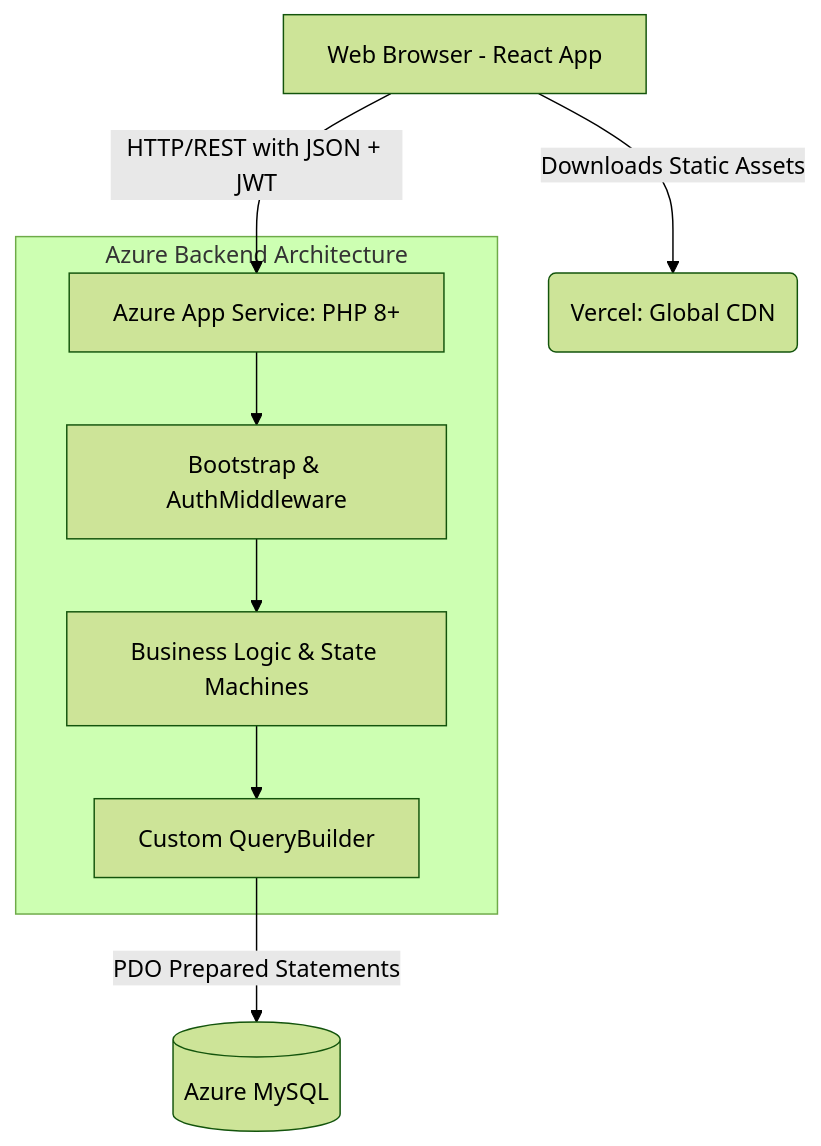
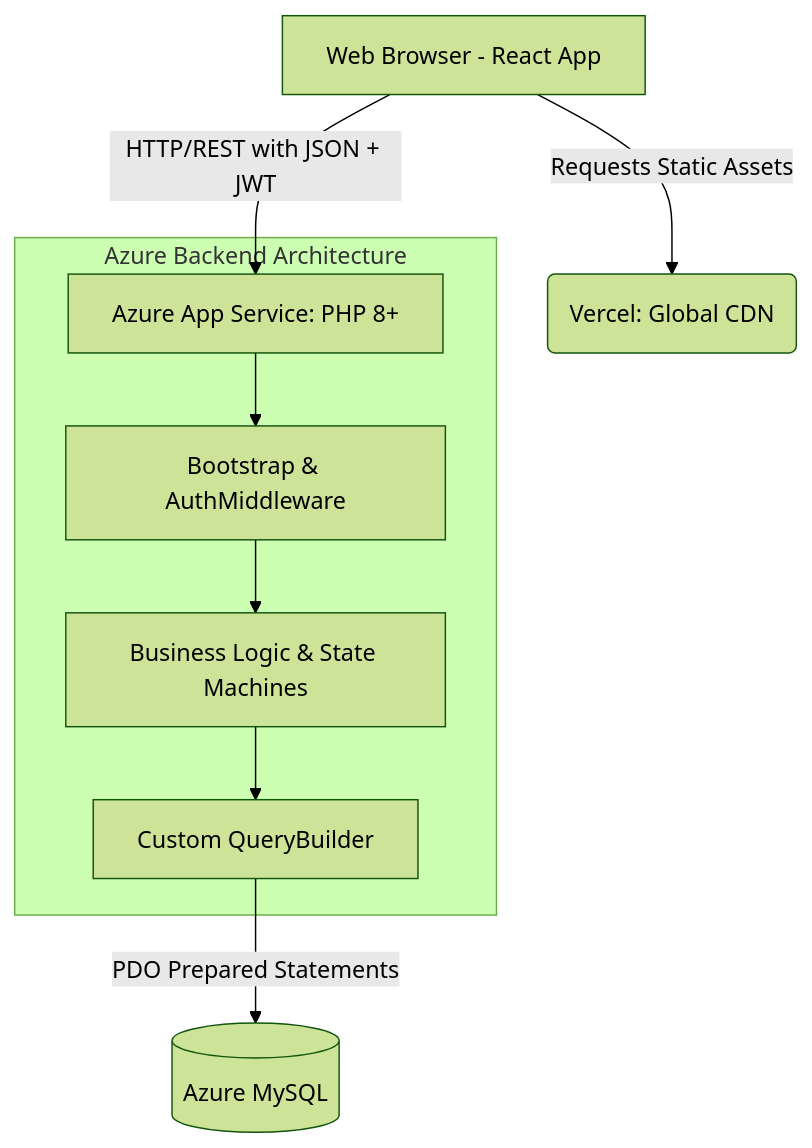
The diagram in README.md (Saranga2000-Creater/FixGo-Web-Application), drawn with Mermaid (forest theme) before and after one commit.

Commit message:
Fixed a wrong arrow in mermaid diagram in readme

````diff
--- a/README.md
+++ b/README.md
@@ -20,13 +20,13 @@
 ```mermaid
 graph TD
-    Client[Web Browser - React App] -->|Downloads Static Assets| Vercel(Vercel: Global CDN)
+    Client[Web Browser - React App] -->|Requests Static Assets| Vercel(Vercel: Global CDN)
     Client -->|HTTP/REST with JSON + JWT| API_Gateway[Azure App Service: PHP 8+]
     
     subgraph Azure Backend Architecture
         API_Gateway --> Middleware[Bootstrap & AuthMiddleware]
         Middleware --> Controllers[Business Logic & State Machines]
         Controllers --> Models[Custom QueryBuilder]
     end
     
     Models -->|PDO Prepared Statements| DB[(Azure MySQL)]
 ```
````
